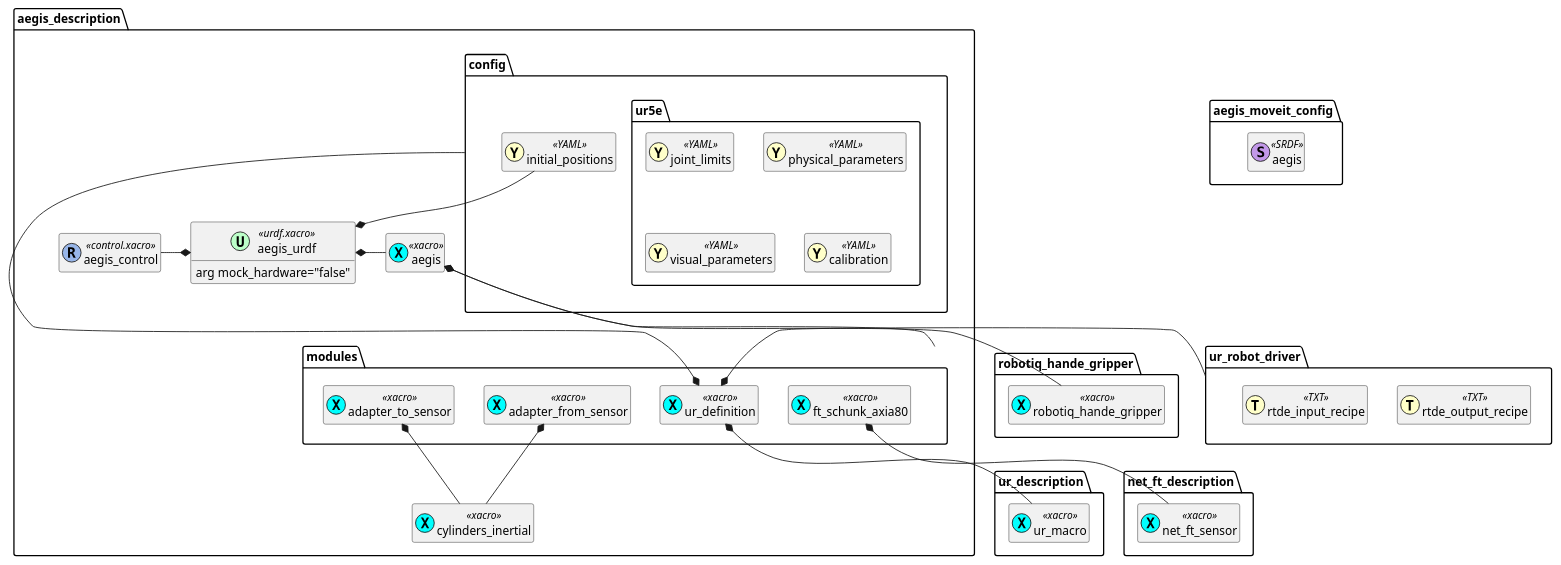
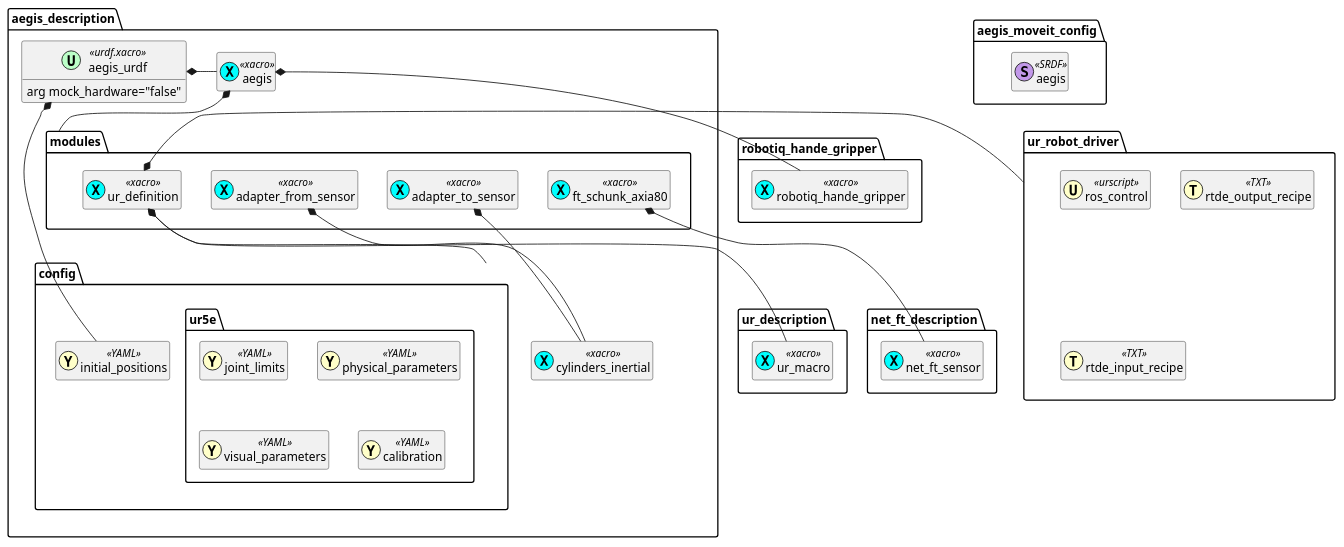
The diagram in aegis_description/README.md (AGH-CEAI/aegis_ros), drawn with PlantUML before and after one commit. The commit also changed 1 other file, not shown here.

Commit message:
fixed missing UR URDF dependency

````diff
--- a/aegis_description/README.md
+++ b/aegis_description/README.md
@@ -54,68 +54,67 @@
 ```plantuml
 @startuml URDF diagram
 
 package aegis_description {
     class aegis_urdf << (U,#bcffc8) urdf.xacro >> {
         arg mock_hardware="false"
     }
     class aegis << (X,cyan) xacro >> {}
-    class aegis_control << (R,#98b6e9) control.xacro >> {}
     class cylinders_inertial << (X,cyan) xacro >> {}
 
     package modules {
         class ur_definition << (X,cyan) xacro >> {}
         class adapter_to_sensor << (X,cyan) xacro >> {}
         class ft_schunk_axia80 << (X,cyan) xacro >> {}
         class adapter_from_sensor << (X,cyan) xacro >> {}
     }
 
     package config {
         class initial_positions << (Y,#ffffc9) YAML >> {}
         package ur5e {
             class joint_limits << (Y,#ffffc9) YAML >> {}
             class physical_parameters << (Y,#ffffc9) YAML >> {}
             class visual_parameters << (Y,#ffffc9) YAML >> {}
             class calibration << (Y,#ffffc9) YAML >> {}
         }
     }
 }
 
 package aegis_moveit_config {
     class aegis << (S,#c298e9) SRDF >> {}
 }
 
 package robotiq_hande_gripper {
     class robotiq_hande_gripper << (X,cyan) xacro >> {}
 }
 
 package net_ft_description {
     class net_ft_sensor << (X,cyan) xacro >> {}
 }
 
 package ur_description {
     class ur_macro << (X,cyan) xacro >> {}
 }
 
 package ur_robot_driver {
+    class ros_control << (U,#ffffc9) urscript >> {}
     class rtde_output_recipe << (T,#ffffc9) TXT >> {}
     class rtde_input_recipe << (T,#ffffc9) TXT >> {}
 }
 
 
-aegis_description.aegis_urdf *-left- aegis_description.aegis_control
 aegis_description.aegis_urdf *-right- aegis_description.aegis
 aegis_description.aegis_urdf *-up- aegis_description.config.initial_positions
 aegis_description.aegis *-- aegis_description.modules
 aegis_description.aegis *-- robotiq_hande_gripper.robotiq_hande_gripper
 
 aegis_description.modules.adapter_from_sensor *-- aegis_description.cylinders_inertial
 aegis_description.modules.adapter_to_sensor *-- aegis_description.cylinders_inertial
 aegis_description.modules.ft_schunk_axia80 *-down- net_ft_description.net_ft_sensor
 aegis_description.modules.ur_definition *-down- ur_description.ur_macro
 aegis_description.modules.ur_definition *-right- ur_robot_driver
 aegis_description.modules.ur_definition *-down- aegis_description.config
 
 hide members
 show << urdf.xacro >> fields
 @enduml
 ```
````
